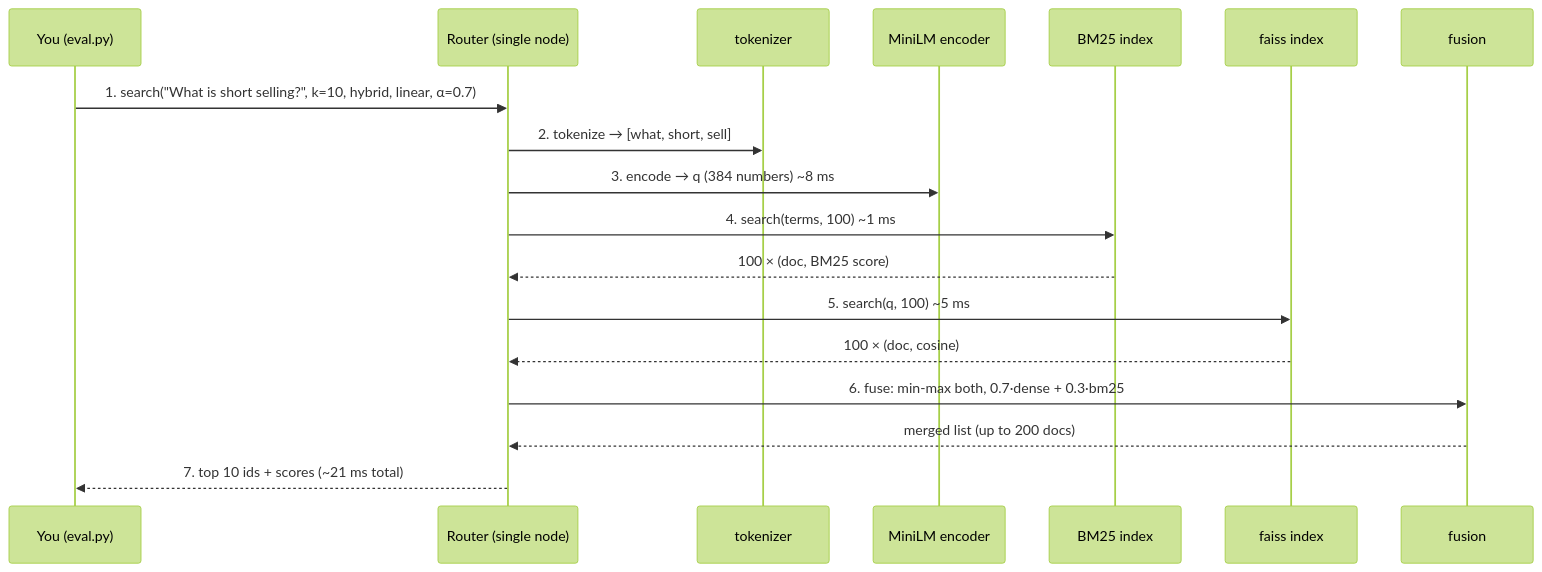
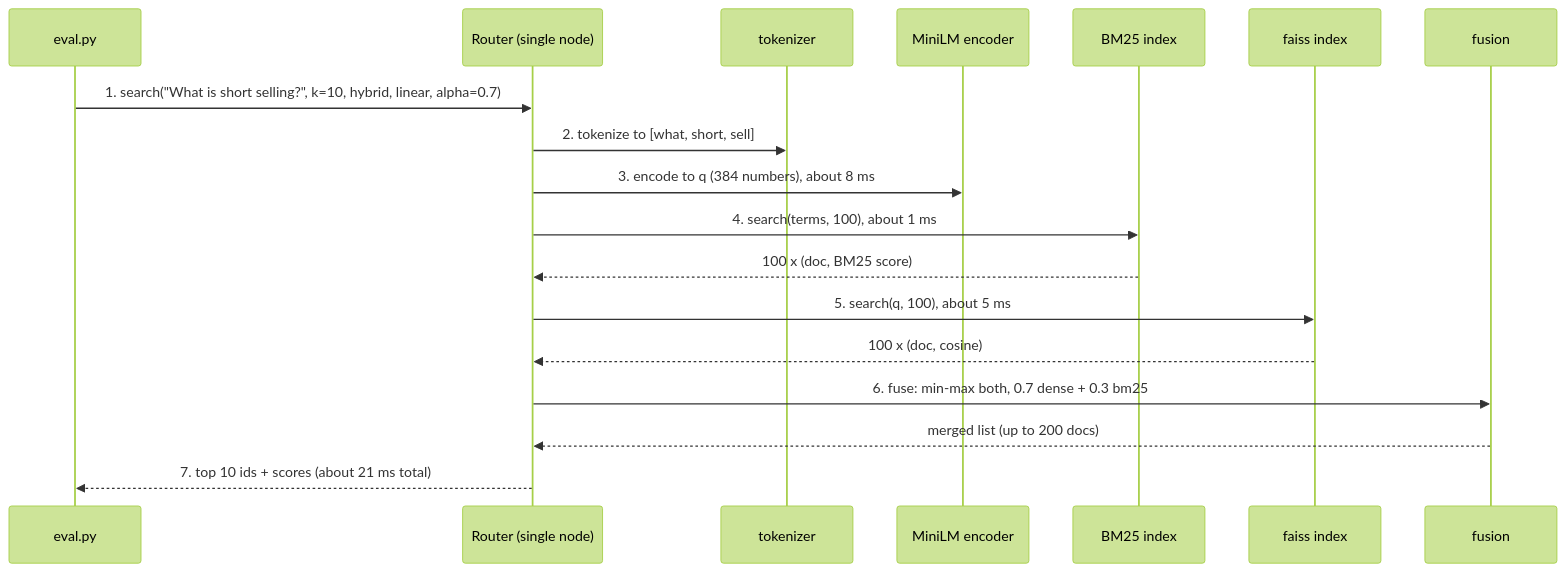
One commit to node31/fiqa-agentic-retrieval changed the second of 4 diagrams in docs/from_zero/06_part_a_end_to_end.md. Above: the diagram before and after it, drawn with Mermaid (forest theme). The commit also changed other lines of this file and 9 other files, not shown here.

````diff
--- a/docs/from_zero/06_part_a_end_to_end.md
+++ b/docs/from_zero/06_part_a_end_to_end.md
@@ -44,20 +38,20 @@
 ```mermaid
 sequenceDiagram
-    participant U as You (eval.py)
+    participant U as eval.py
     participant RT as Router (single node)
     participant TK as tokenizer
     participant EN as MiniLM encoder
     participant BM as BM25 index
     participant FA as faiss index
     participant HY as fusion
-    U->>RT: 1. search("What is short selling?", k=10, hybrid, linear, α=0.7)
-    RT->>TK: 2. tokenize → [what, short, sell]
-    RT->>EN: 3. encode → q (384 numbers)  ~8 ms
-    RT->>BM: 4. search(terms, 100)  ~1 ms
-    BM-->>RT: 100 × (doc, BM25 score)
-    RT->>FA: 5. search(q, 100)  ~5 ms
-    FA-->>RT: 100 × (doc, cosine)
-    RT->>HY: 6. fuse: min-max both, 0.7·dense + 0.3·bm25
+    U->>RT: 1. search("What is short selling?", k=10, hybrid, linear, alpha=0.7)
+    RT->>TK: 2. tokenize to [what, short, sell]
+    RT->>EN: 3. encode to q (384 numbers), about 8 ms
+    RT->>BM: 4. search(terms, 100), about 1 ms
+    BM-->>RT: 100 x (doc, BM25 score)
+    RT->>FA: 5. search(q, 100), about 5 ms
+    FA-->>RT: 100 x (doc, cosine)
+    RT->>HY: 6. fuse: min-max both, 0.7 dense + 0.3 bm25
     HY-->>RT: merged list (up to 200 docs)
-    RT-->>U: 7. top 10 ids + scores (~21 ms total)
+    RT-->>U: 7. top 10 ids + scores (about 21 ms total)
 ```
````
